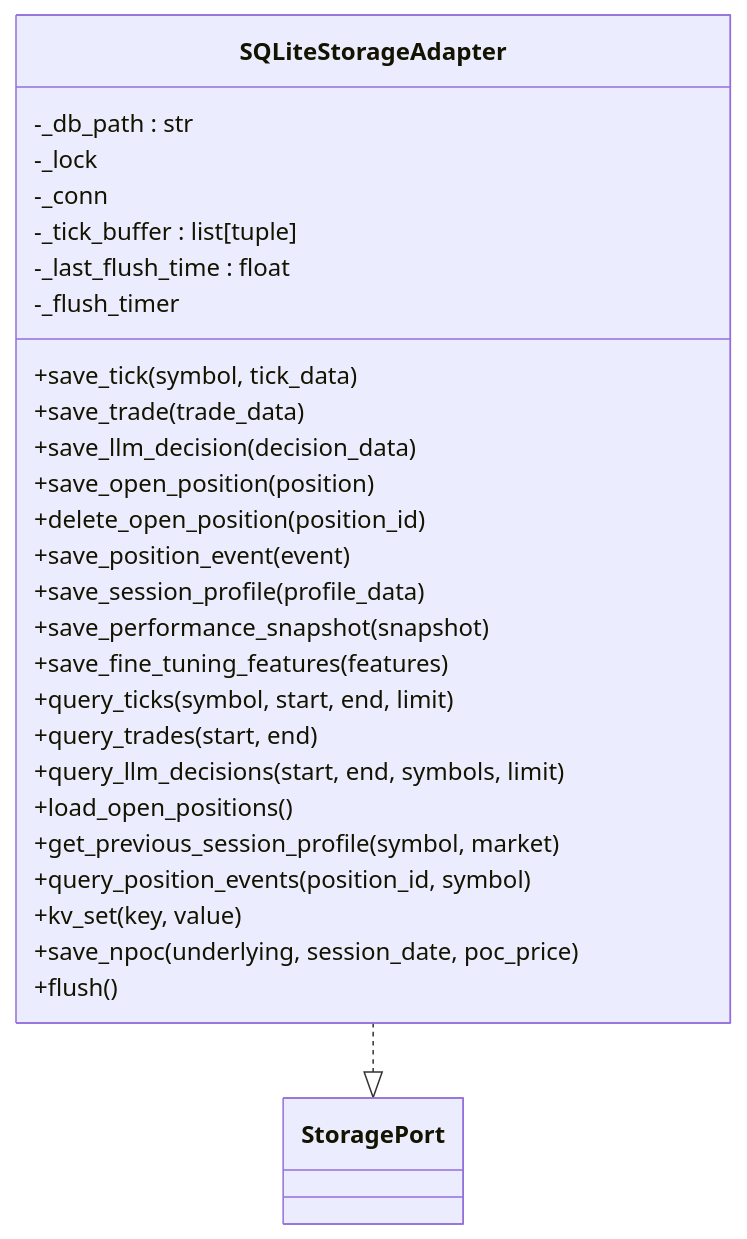
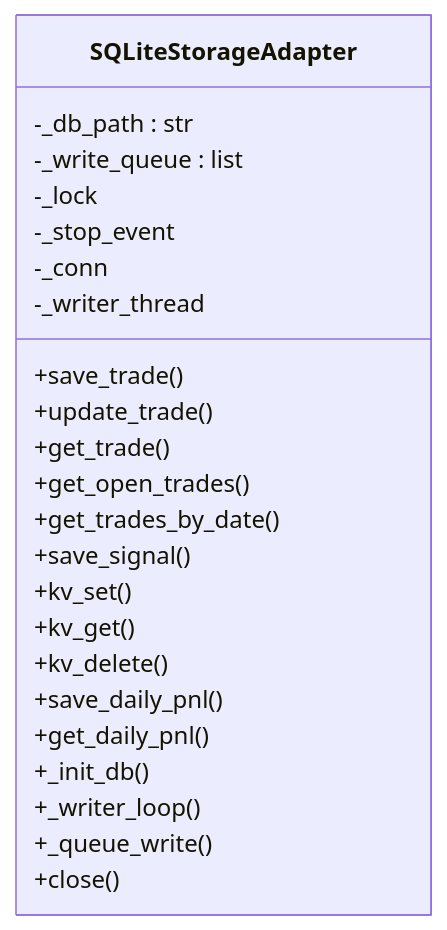
One commit to gemrajkhatry-maker/v5-of-glassytrade-ai changed the sixth of 8 diagrams in .qoder/repowiki/en/content/Architecture Deep Dive/Clean Architecture Layers/Infrastructure Layer/Infrastructure Layer.md. Above: the diagram before and after it, drawn with Mermaid. The commit also changed other lines of this file and 930 other files, not shown here.

````diff
--- a/.qoder/repowiki/en/content/Architecture Deep Dive/Clean Architecture Layers/Infrastructure Layer/Infrastructure Layer.md
+++ b/.qoder/repowiki/en/content/Architecture Deep Dive/Clean Architecture Layers/Infrastructure Layer/Infrastructure Layer.md
@@ -334,31 +322,26 @@
 ```mermaid
 classDiagram
-class StoragePort
 class SQLiteStorageAdapter {
 -_db_path : str
+-_write_queue : list
 -_lock
+-_stop_event
 -_conn
--_tick_buffer : list[tuple]
--_last_flush_time : float
--_flush_timer
-+save_tick(symbol, tick_data)
-+save_trade(trade_data)
-+save_llm_decision(decision_data)
-+save_open_position(position)
-+delete_open_position(position_id)
-+save_position_event(event)
-+save_session_profile(profile_data)
-+save_performance_snapshot(snapshot)
-+save_fine_tuning_features(features)
-+query_ticks(symbol, start, end, limit)
-+query_trades(start, end)
-+query_llm_decisions(start, end, symbols, limit)
-+load_open_positions()
-+get_previous_session_profile(symbol, market)
-+query_position_events(position_id, symbol)
-+kv_set(key, value)
-+save_npoc(underlying, session_date, poc_price)
-+flush()
+-_writer_thread
++save_trade()
++update_trade()
++get_trade()
++get_open_trades()
++get_trades_by_date()
++save_signal()
++kv_set()
++kv_get()
++kv_delete()
++save_daily_pnl()
++get_daily_pnl()
++_init_db()
++_writer_loop()
++_queue_write()
++close()
 }
-SQLiteStorageAdapter ..|> StoragePort
 ```
````
